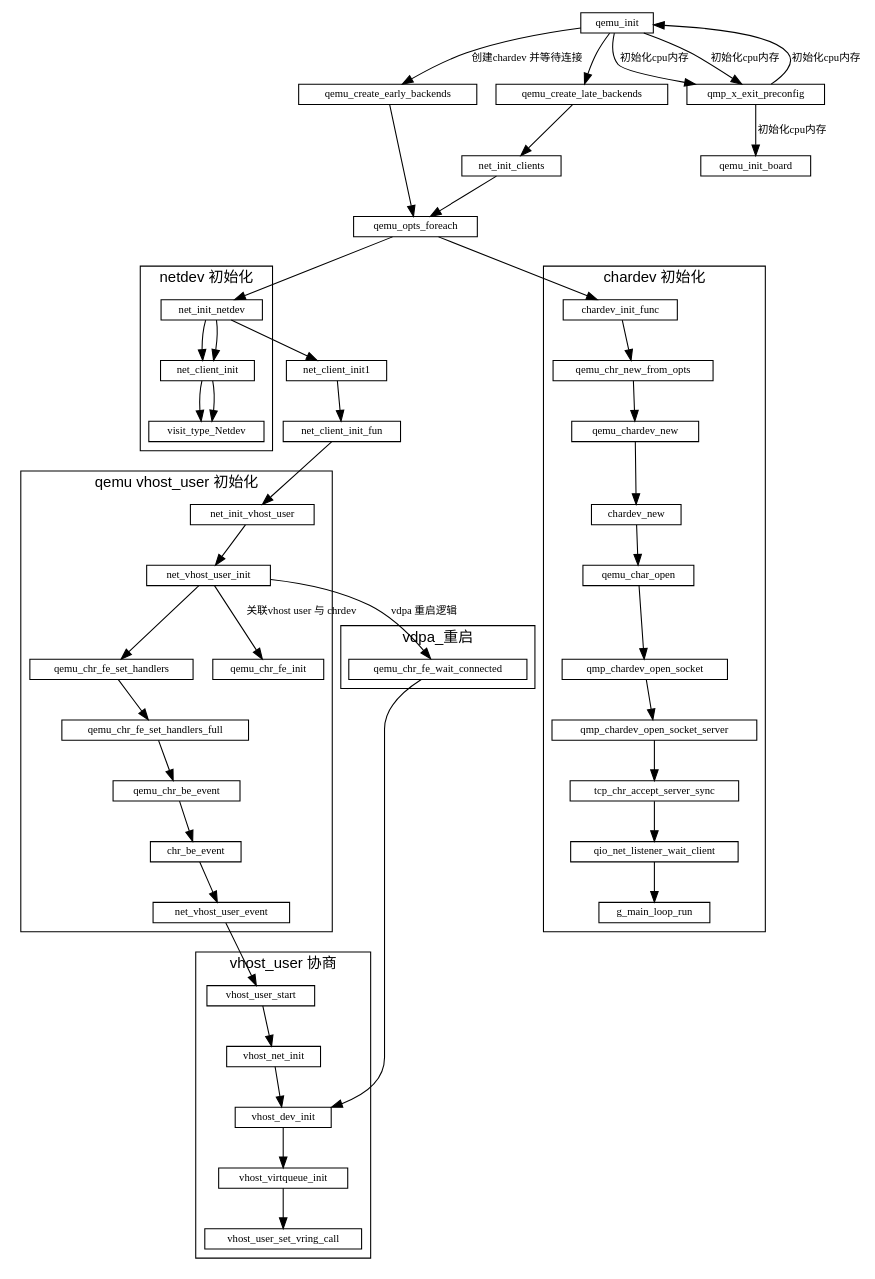
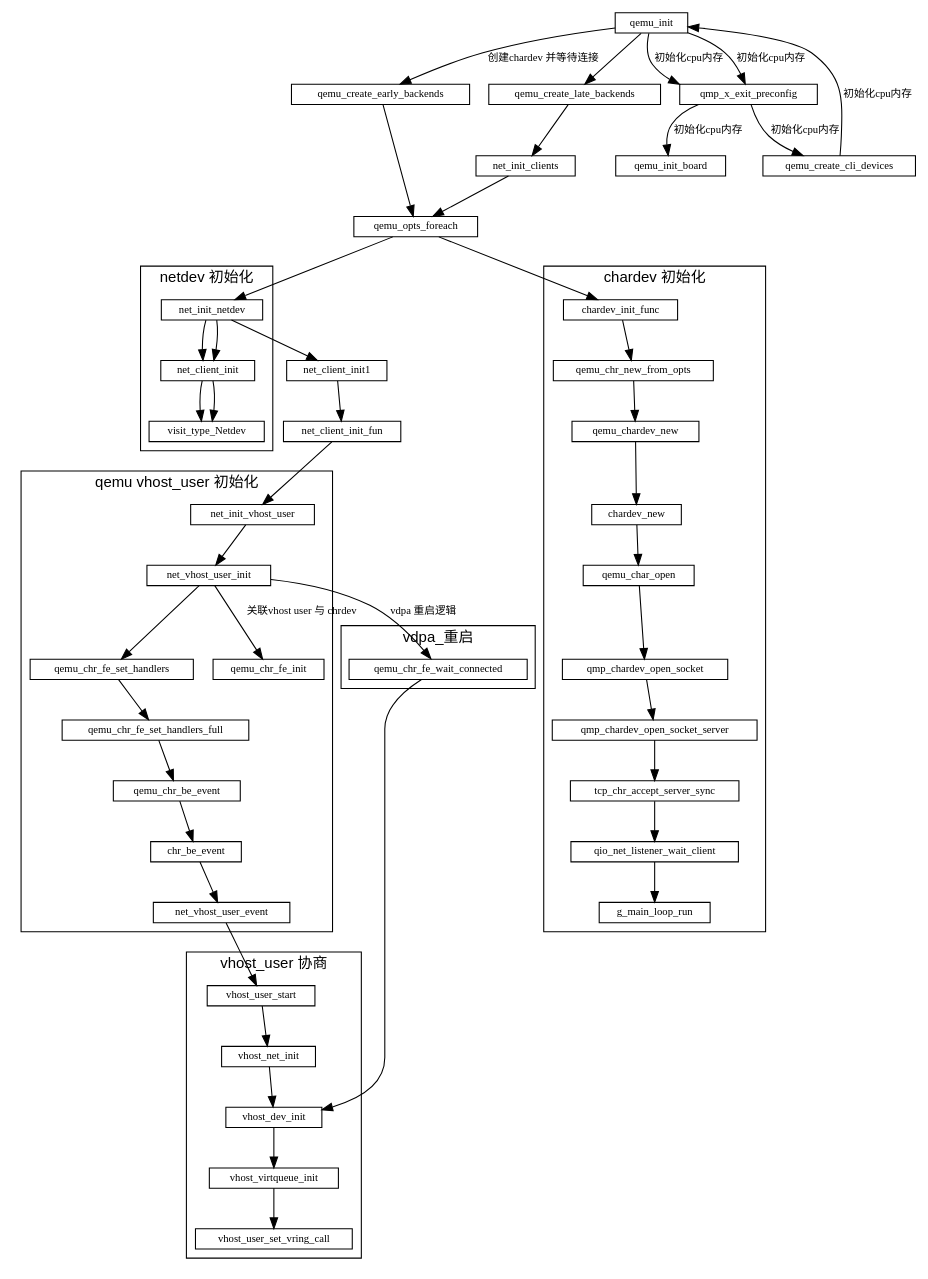
One commit to sisyphus1212/note changed the diagram in qemu/qemu初始化.md. Above: the diagram before and after it, drawn with Graphviz.

Commit message:
auto_update

```diff
--- a/qemu/qemu初始化.md
+++ b/qemu/qemu初始化.md
@@ -93,6 +93,7 @@
               -> net_client_init_fun
               -> net_init_vhost_user
     qemu_init -> qmp_x_exit_preconfig
+              -> qemu_create_cli_devices
               ->
     qemu_init -> qmp_x_exit_preconfig
               -> qemu_init_board[label="初始化cpu内存"]
```
